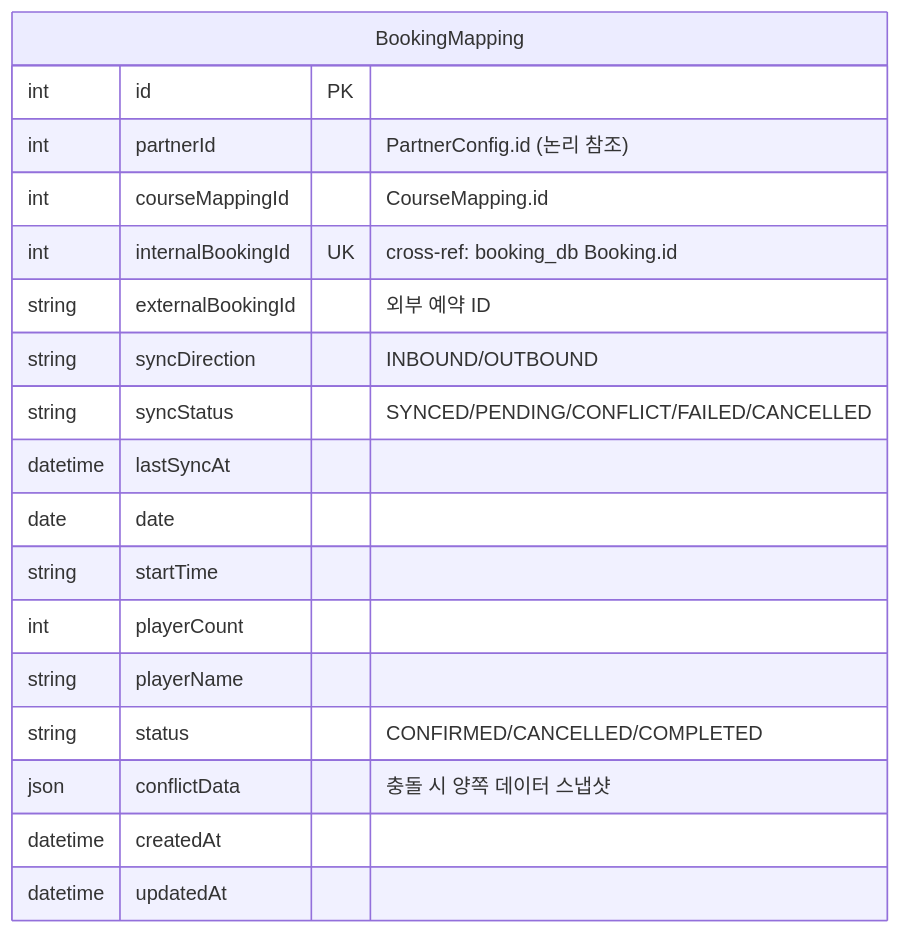
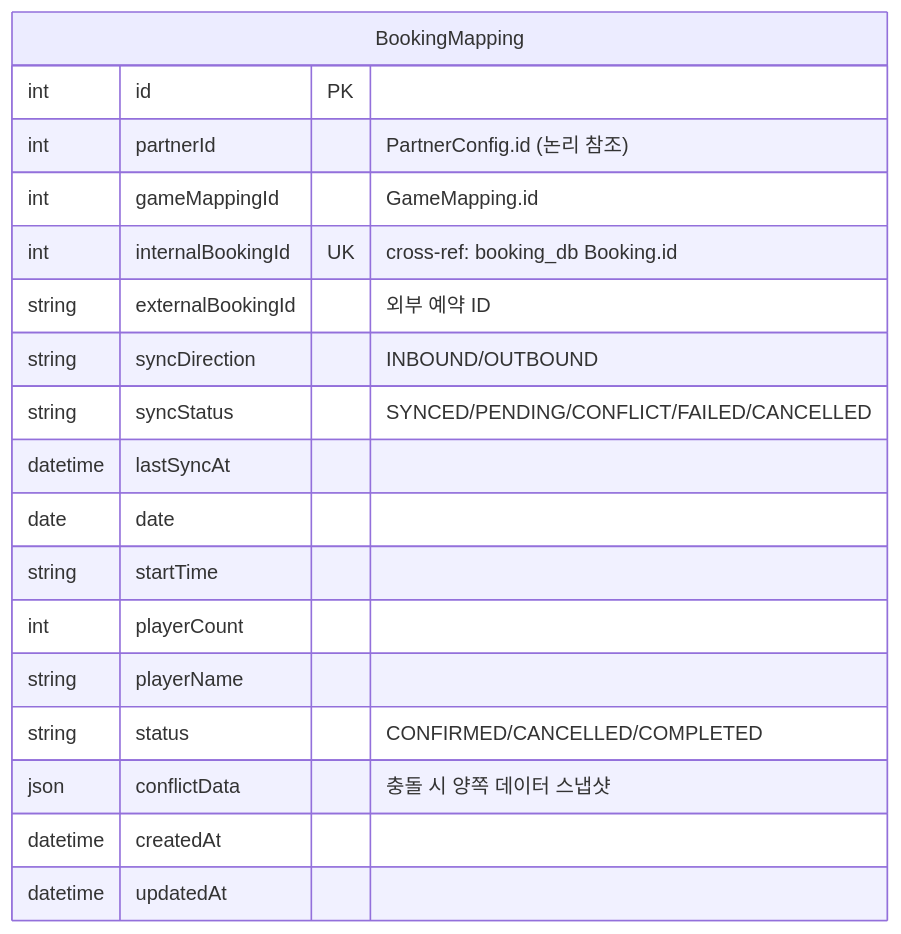
Diagram 34 of 35 in docs/architecture/DATABASE.md (uniyous/parkgolf-platform), drawn with Mermaid before and after one commit. The commit also changed other lines of this file and 42 other files, not shown here.

````diff
--- a/docs/architecture/DATABASE.md
+++ b/docs/architecture/DATABASE.md
@@ -1553,21 +1553,21 @@
 ```mermaid
 erDiagram
     BookingMapping {
         int id PK
         int partnerId "PartnerConfig.id (논리 참조)"
-        int courseMappingId "CourseMapping.id"
+        int gameMappingId "GameMapping.id"
         int internalBookingId UK "cross-ref: booking_db Booking.id"
         string externalBookingId "외부 예약 ID"
         string syncDirection "INBOUND/OUTBOUND"
         string syncStatus "SYNCED/PENDING/CONFLICT/FAILED/CANCELLED"
         datetime lastSyncAt
         date date
         string startTime
         int playerCount
         string playerName
         string status "CONFIRMED/CANCELLED/COMPLETED"
         json conflictData "충돌 시 양쪽 데이터 스냅샷"
         datetime createdAt
         datetime updatedAt
     }
 ```
````
